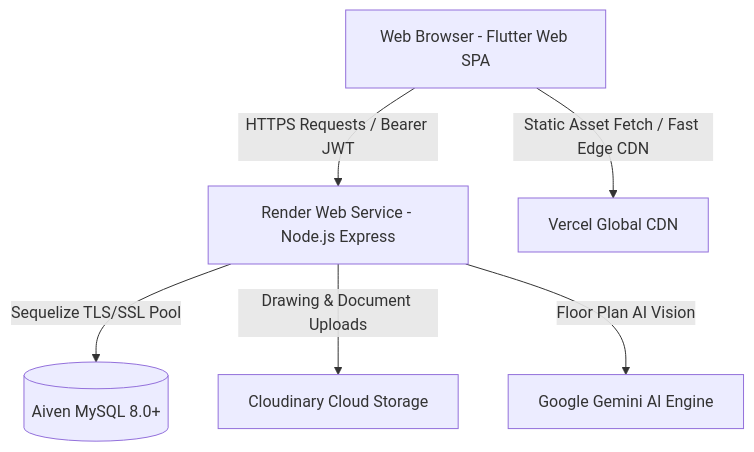
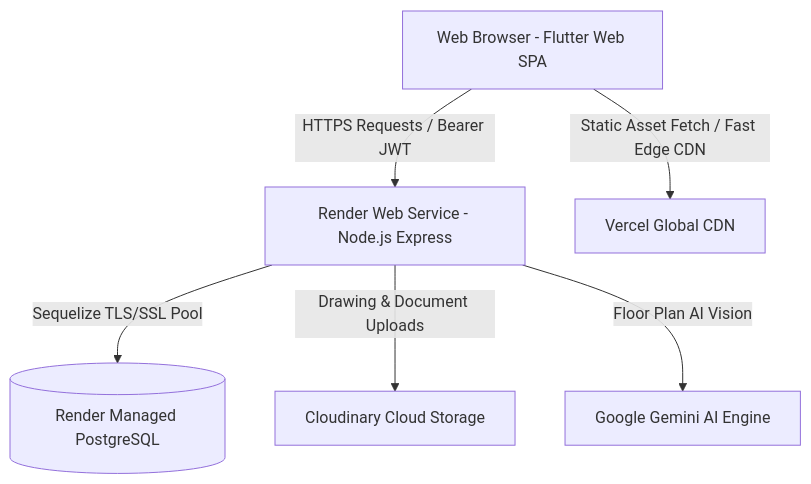
Before and after one commit to soundhararajanmuthuvel-hub/vian-erp: the diagram in docs/deployment_guide.md, drawn with Mermaid. The commit also changed other lines of this file and 8 other files, not shown here.

````diff
--- a/docs/deployment_guide.md
+++ b/docs/deployment_guide.md
@@ -9,8 +9,8 @@
 ```mermaid
 graph TD
     Client[Web Browser - Flutter Web SPA] -->|HTTPS Requests / Bearer JWT| Render[Render Web Service - Node.js Express]
     Client -->|Static Asset Fetch / Fast Edge CDN| Vercel[Vercel Global CDN]
-    Render -->|Sequelize TLS/SSL Pool| Aiven[(Aiven MySQL 8.0+)]
+    Render -->|Sequelize TLS/SSL Pool| Postgres[(Render Managed PostgreSQL)]
     Render -->|Drawing & Document Uploads| Cloudinary[Cloudinary Cloud Storage]
     Render -->|Floor Plan AI Vision| Gemini[Google Gemini AI Engine]
 ```
````
